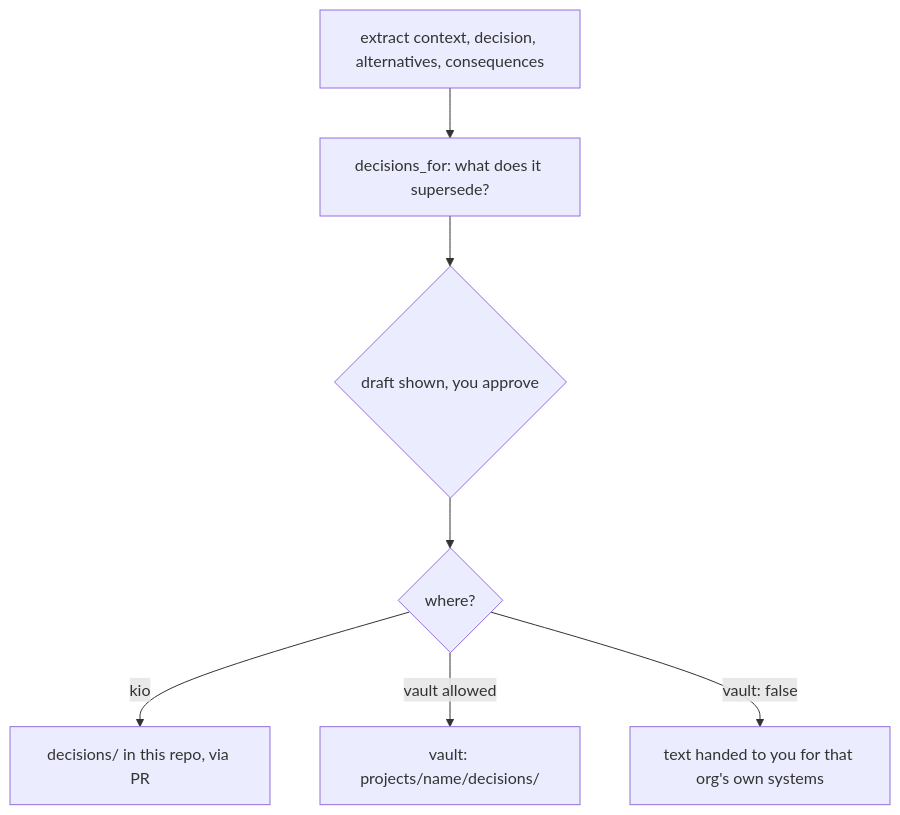
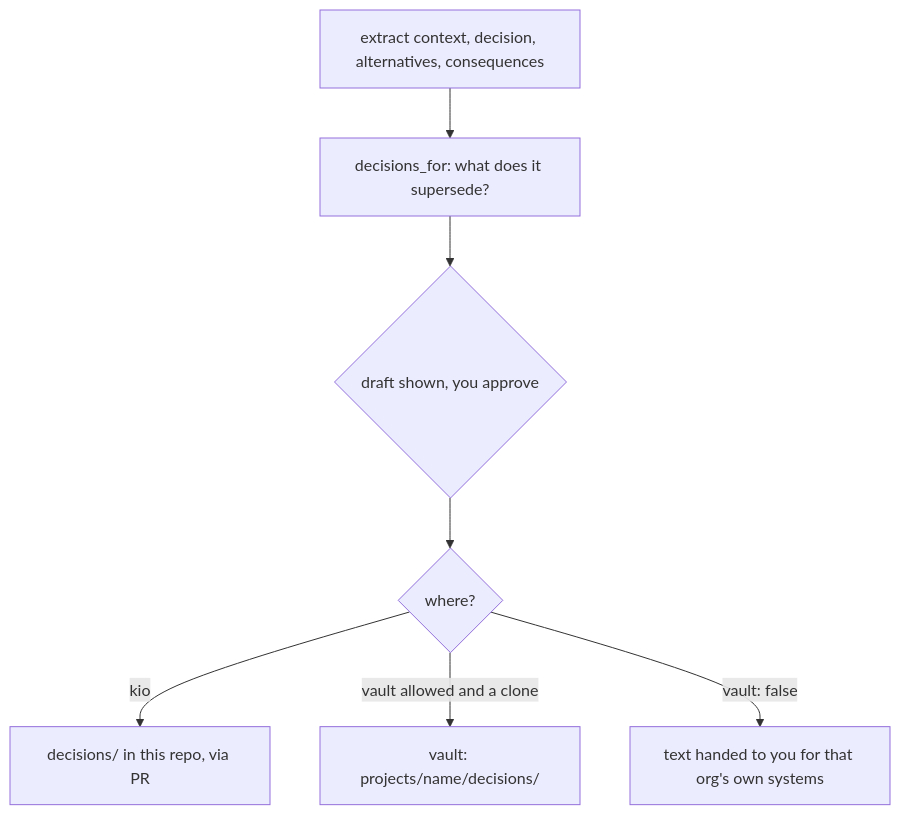
Before and after one commit to kislow/kio: the eighth of 12 diagrams in docs/skills.md, drawn with Mermaid. The commit also changed other lines of this file and 71 other files, not shown here.

````diff
--- a/docs/skills.md
+++ b/docs/skills.md
@@ -137,9 +137,9 @@
 ```mermaid
 flowchart TB
     a["extract context, decision, alternatives, consequences"] --> b["decisions_for: what does it supersede?"]
     b --> c{"draft shown, you approve"}
     c --> d{"where?"}
     d -->|kio| e["decisions/ in this repo, via PR"]
-    d -->|vault allowed| f["vault: projects/name/decisions/"]
+    d -->|vault allowed and a clone| f["vault: projects/name/decisions/"]
     d -->|vault: false| g["text handed to you for that org's own systems"]
 ```
````
